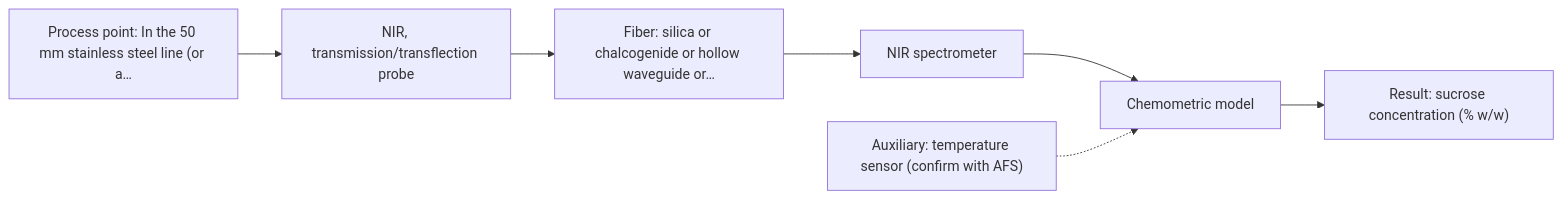
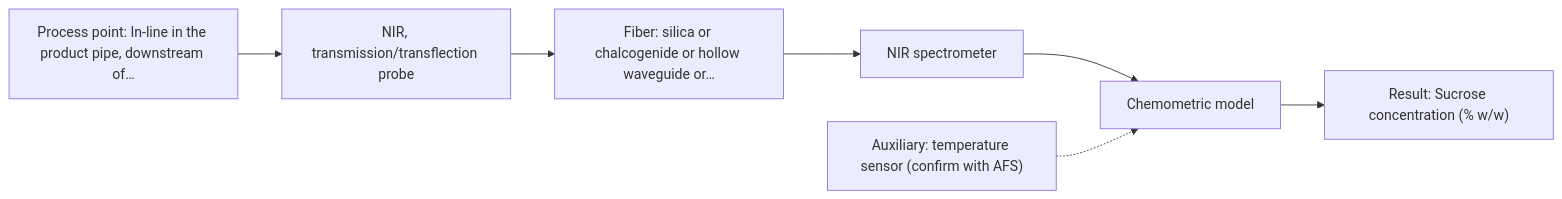
One commit to sleipnir029/Afs-Spectroscopy-Assistant changed the diagram in outputs/adversarial/A07.md. Above: the diagram before and after it, drawn with Mermaid. The commit also changed other lines of this file and 41 other files, not shown here.

````diff
--- a/outputs/adversarial/A07.md
+++ b/outputs/adversarial/A07.md
@@ -38,16 +37,16 @@
 ```mermaid
 flowchart LR
-    proc["Process point: In the 50 mm stainless steel line (or a…"]
+    proc["Process point: In-line in the product pipe, downstream of…"]
     probe1["NIR, transmission/transflection probe"]
     fiber1["Fiber: silica or chalcogenide or hollow waveguide or…"]
     spec1["NIR spectrometer"]
     model["Chemometric model"]
-    result["Result: sucrose concentration (% w/w)"]
+    result["Result: Sucrose concentration (% w/w)"]
     aux1["Auxiliary: temperature sensor (confirm with AFS)"]
     proc --> probe1
     probe1 --> fiber1
     fiber1 --> spec1
     spec1 --> model
     model --> result
     aux1 -.-> model
 ```
````
